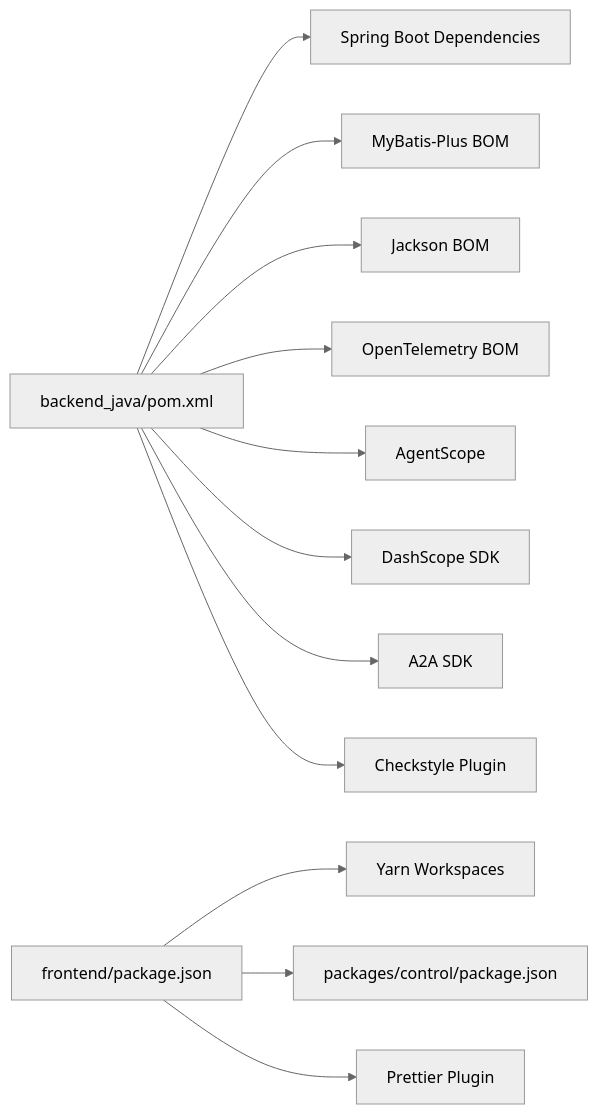
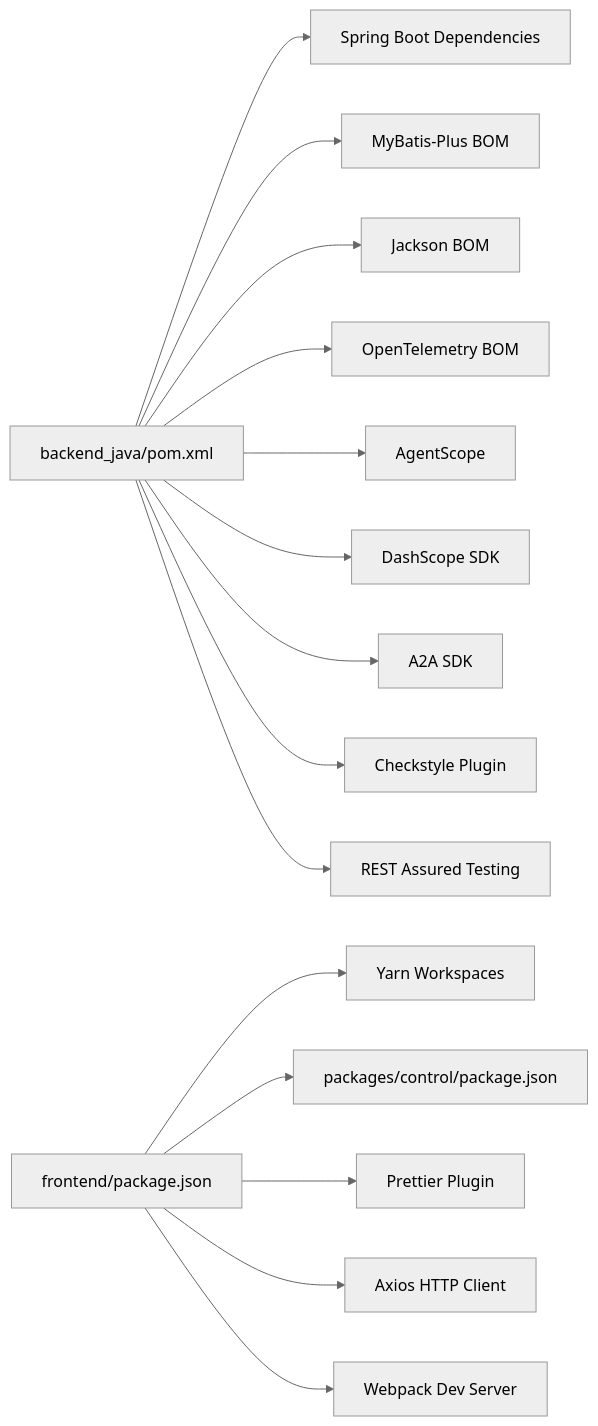
One commit to alibaba/tron-one-agent changed the ninth of 9 diagrams in .qoder/repowiki/en/content/Development Guidelines.md. Above: the diagram before and after it, drawn with Mermaid (neutral theme). The commit also changed other lines of this file and 6 other files, not shown here.

````diff
--- a/.qoder/repowiki/en/content/Development Guidelines.md
+++ b/.qoder/repowiki/en/content/Development Guidelines.md
@@ -396,14 +658,17 @@
 ```mermaid
 graph LR
 POM["backend_java/pom.xml"] --> SB["Spring Boot Dependencies"]
 POM --> MB["MyBatis-Plus BOM"]
 POM --> JSon["Jackson BOM"]
 POM --> OTel["OpenTelemetry BOM"]
 POM --> AgentScope["AgentScope"]
 POM --> DashScope["DashScope SDK"]
 POM --> A2A["A2A SDK"]
 POM --> Checkstyle["Checkstyle Plugin"]
+POM --> RestAssured["REST Assured Testing"]
 FE_Pkg["frontend/package.json"] --> WS["Yarn Workspaces"]
 FE_Pkg --> CtrlPkg["packages/control/package.json"]
 FE_Pkg --> Prettier["Prettier Plugin"]
+FE_Pkg --> Axios["Axios HTTP Client"]
+FE_Pkg --> Webpack["Webpack Dev Server"]
 ```
````
